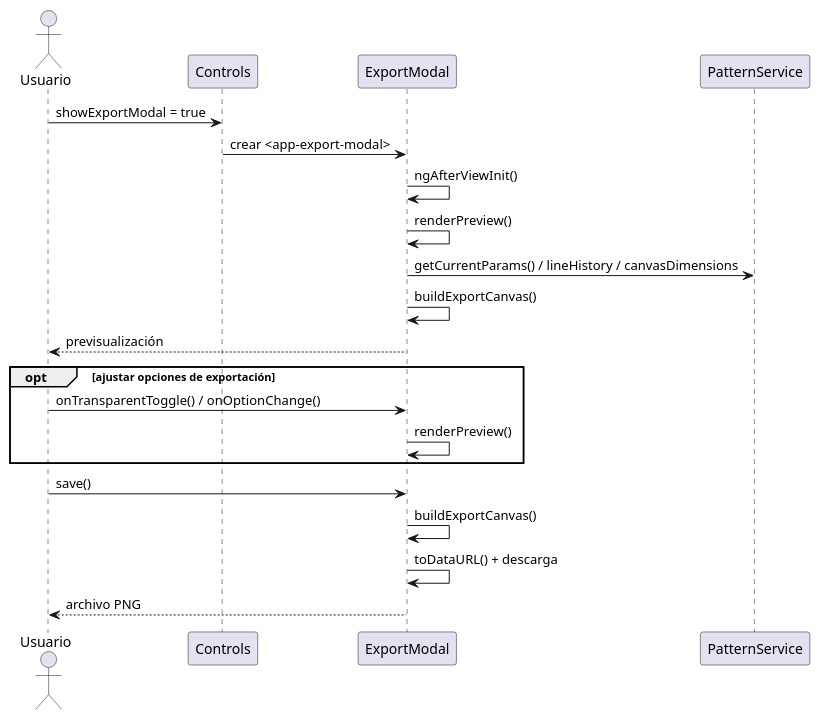
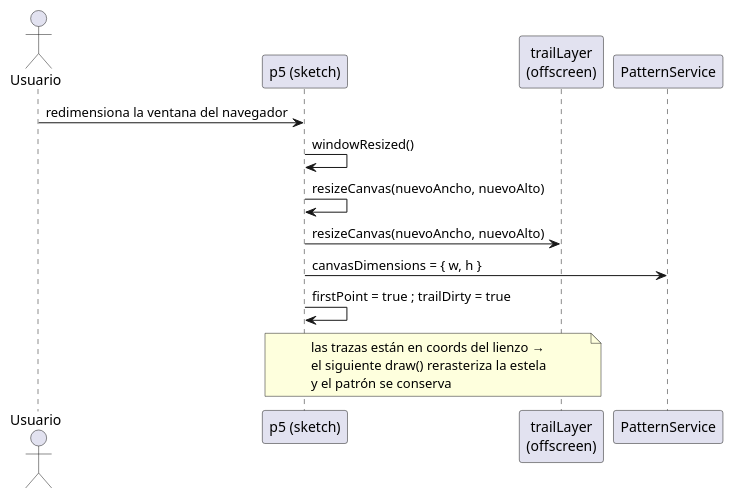
The fourth of 5 diagrams in claude/memoria-cap5-diseno.md (IgnacioMol/Epicycloid_generator), drawn with PlantUML before and after one commit. The commit also changed other lines of this file and 1 other file, not shown here.

````diff
--- a/claude/memoria-cap5-diseno.md
+++ b/claude/memoria-cap5-diseno.md
@@ -174,26 +190,16 @@
 ```plantuml
-@startuml SecExportarImagenDiseno
+@startuml SecRedimensionado
 actor Usuario
-participant "Controls" as C
-participant "ExportModal" as EM
+participant "p5 (sketch)" as P5
+participant "trailLayer\n(offscreen)" as TL
 participant "PatternService" as PS
 
-Usuario -> C : showExportModal = true
-C -> EM : crear <app-export-modal>
-EM -> EM : ngAfterViewInit()
-EM -> EM : renderPreview()
-EM -> PS : getCurrentParams() / lineHistory / canvasDimensions
-EM -> EM : buildExportCanvas()
-EM --> Usuario : previsualización
-
-opt ajustar opciones de exportación
-  Usuario -> EM : onTransparentToggle() / onOptionChange()
-  EM -> EM : renderPreview()
-end
-
-Usuario -> EM : save()
-EM -> EM : buildExportCanvas()
-EM -> EM : toDataURL() + descarga
-EM --> Usuario : archivo PNG
+Usuario -> P5 : redimensiona la ventana del navegador
+P5 -> P5 : windowResized()
+P5 -> P5 : resizeCanvas(nuevoAncho, nuevoAlto)
+P5 -> TL : resizeCanvas(nuevoAncho, nuevoAlto)
+P5 -> PS : canvasDimensions = { w, h }
+P5 -> P5 : firstPoint = true ; trailDirty = true
+note over P5, TL : las trazas están en coords del lienzo →\nel siguiente draw() rerasteriza la estela\ny el patrón se conserva
 @enduml
 ```
````
